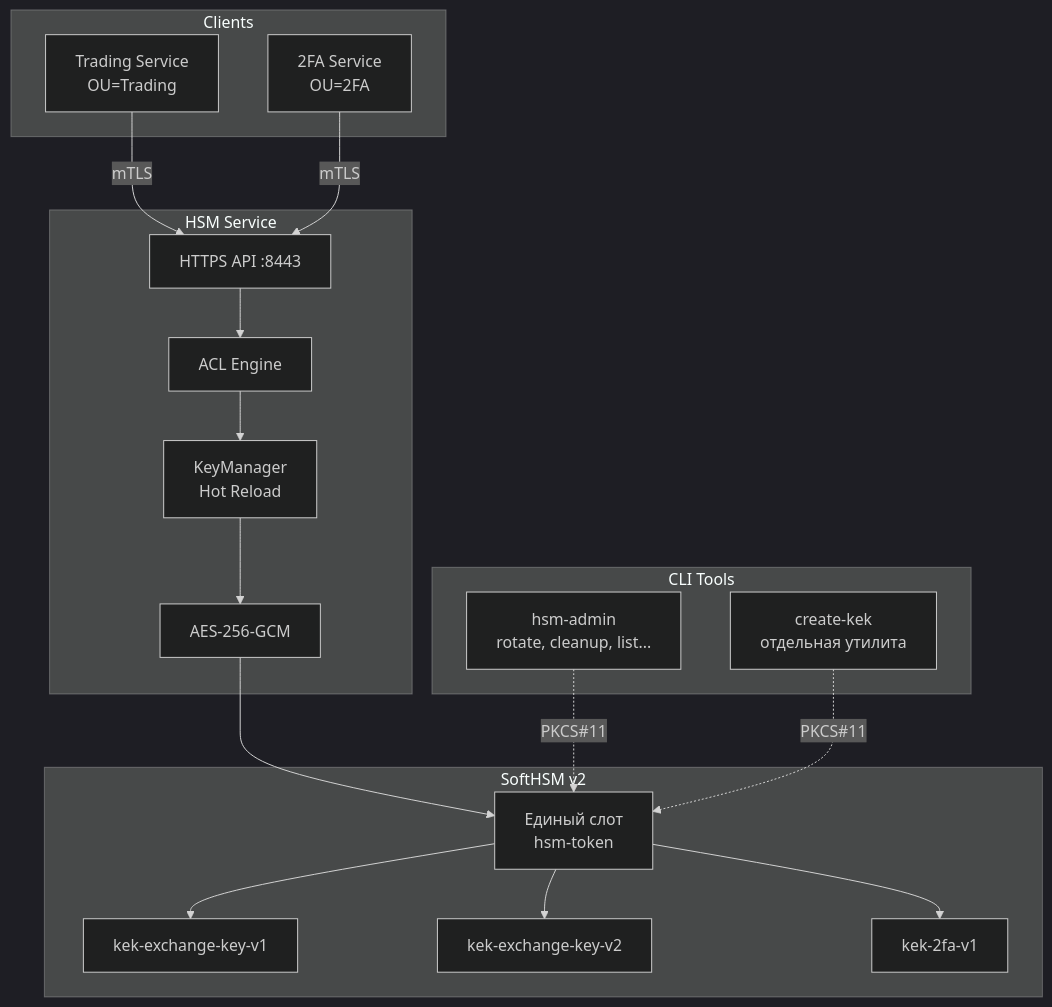
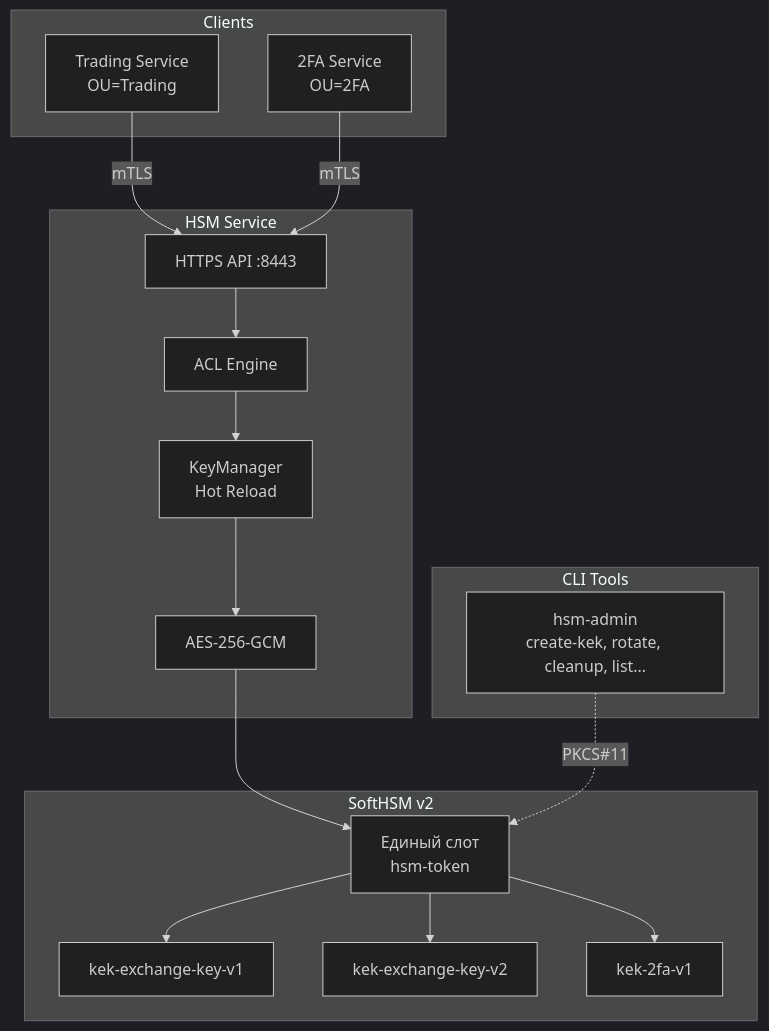
Before and after one commit to titaev-lv/hsm-service: the first of 9 diagrams in DEVELOPMENT_PLAN.md, drawn with Mermaid (dark theme). The commit also changed other lines of this file and 12 other files, not shown here.

Commit message:
Delete utilite create-kek, update docs

````diff
--- a/DEVELOPMENT_PLAN.md
+++ b/DEVELOPMENT_PLAN.md
@@ -23,36 +23,34 @@
 ```mermaid
 graph TB
     subgraph "Clients"
         C1[Trading Service<br/>OU=Trading]
         C2[2FA Service<br/>OU=2FA]
     end
 
     subgraph "HSM Service"
         API[HTTPS API :8443]
         ACL[ACL Engine]
         KM[KeyManager<br/>Hot Reload]
         CRYPTO[AES-256-GCM]
     end
 
     subgraph "SoftHSM v2"
         SLOT[Единый слот<br/>hsm-token]
         KEK1[kek-exchange-key-v1]
         KEK2[kek-exchange-key-v2]
         KEK3[kek-2fa-v1]
     end
 
     subgraph "CLI Tools"
-        ADMIN[hsm-admin<br/>rotate, cleanup, list...]
-        CREATE[create-kek<br/>отдельная утилита]
+      ADMIN[hsm-admin<br/>create-kek, rotate, cleanup, list...]
     end
 
     C1 -->|mTLS| API
     C2 -->|mTLS| API
     API --> ACL --> KM --> CRYPTO
     CRYPTO --> SLOT
     SLOT --> KEK1
     SLOT --> KEK2
     SLOT --> KEK3
     ADMIN -.->|PKCS#11| SLOT
-    CREATE -.->|PKCS#11| SLOT
 ```
````
